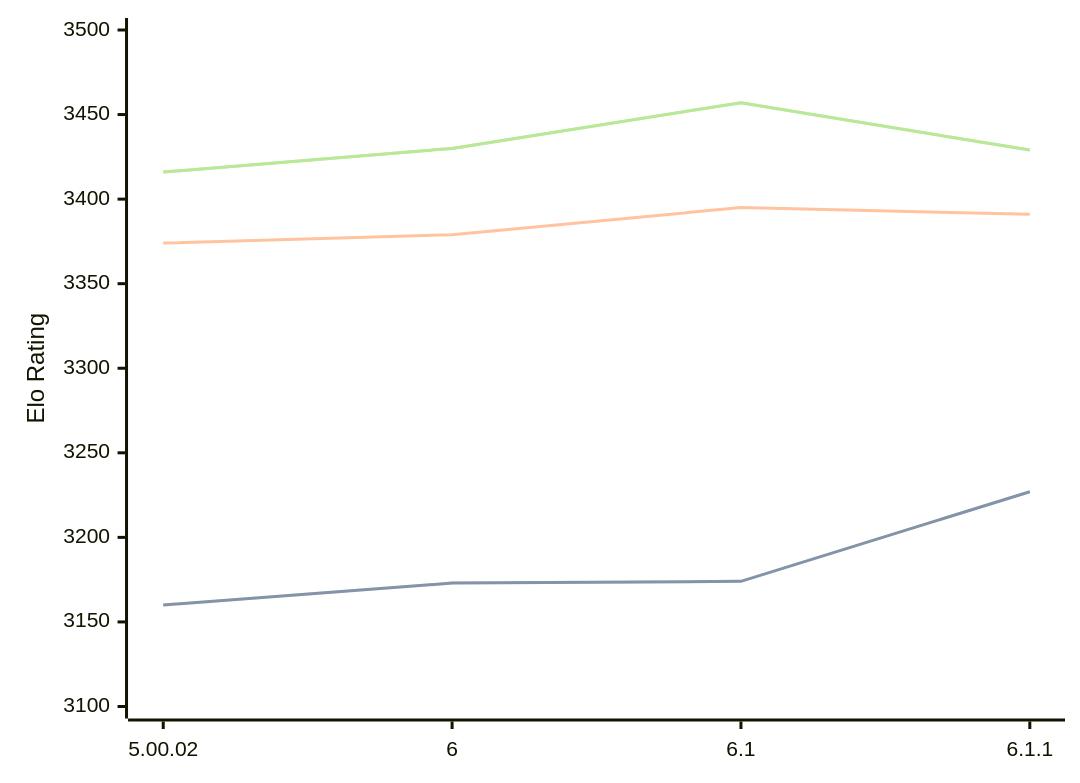
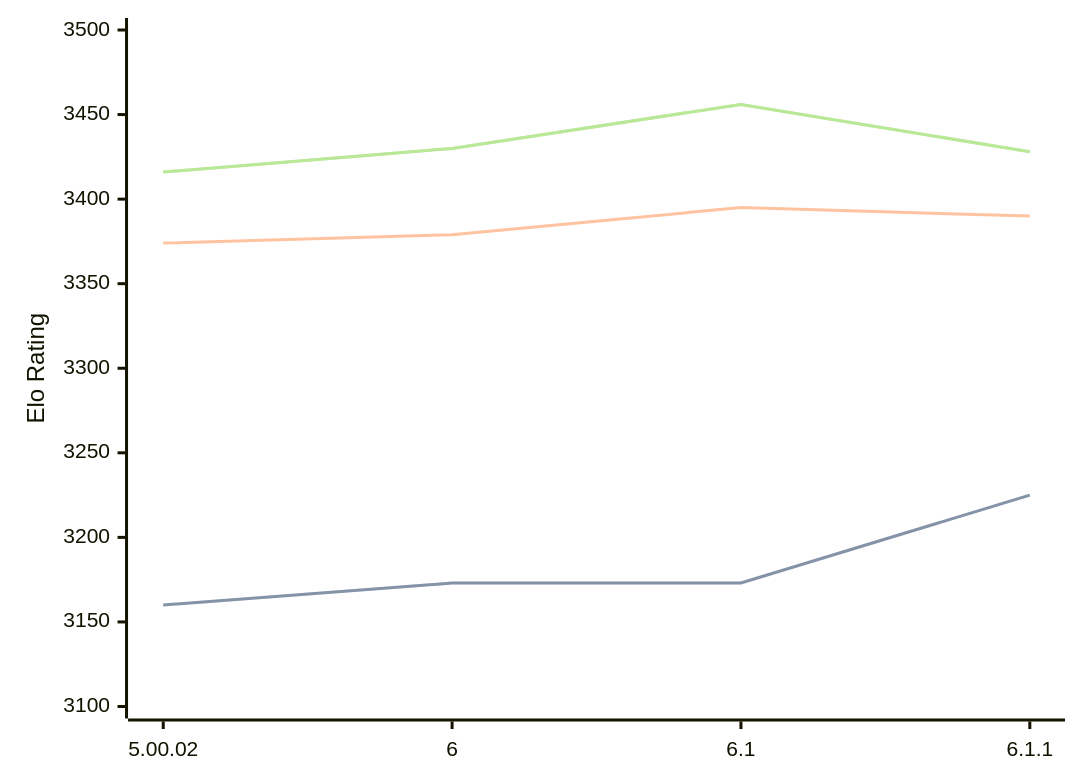
One commit to computer-chess-index/cci changed the diagram in engines/Zangdar.md. Above: the diagram before and after it, drawn with Mermaid. The commit also changed other lines of this file, not shown here.

Commit message:
Update CCI Ratings (ELO VLTC) - 2026-03-19

````diff
--- a/engines/Zangdar.md
+++ b/engines/Zangdar.md
@@ -44,11 +46,11 @@
 ```mermaid
 %%{init: {"theme":"base","themeVariables":{"seriesColors:['#a3a3a3','#222221','#faa371']}}}%%
 xychart-beta
   x-axis ["5.00.02", "6", "6.1", "6.1.1"]
   y-axis "Elo Rating" 3100 --> 3500
-  line "STC (8.0+0.08s)" [3160, 3173, 3174, 3227]
-  line "STC (8.0+0.08s)" [3160, 3173, 3174, 3227]
-  line "LTC (60.0+0.60s)" [3374, 3379, 3395, 3391]
-  line "VLTC (2m24s+1.12s)" [3416, 3430, 3457, 3429]
-  line "VLTC (2m24s+1.12s)" [3416, 3430, 3457, 3429]
+  line "STC (8.0+0.08s)" [3160, 3173, 3173, 3225]
+  line "STC (8.0+0.08s)" [3160, 3173, 3173, 3225]
+  line "LTC (60.0+0.60s)" [3374, 3379, 3395, 3390]
+  line "VLTC (2m24s+1.12s)" [3416, 3430, 3456, 3428]
+  line "VLTC (2m24s+1.12s)" [3416, 3430, 3456, 3428]
 ```
````
